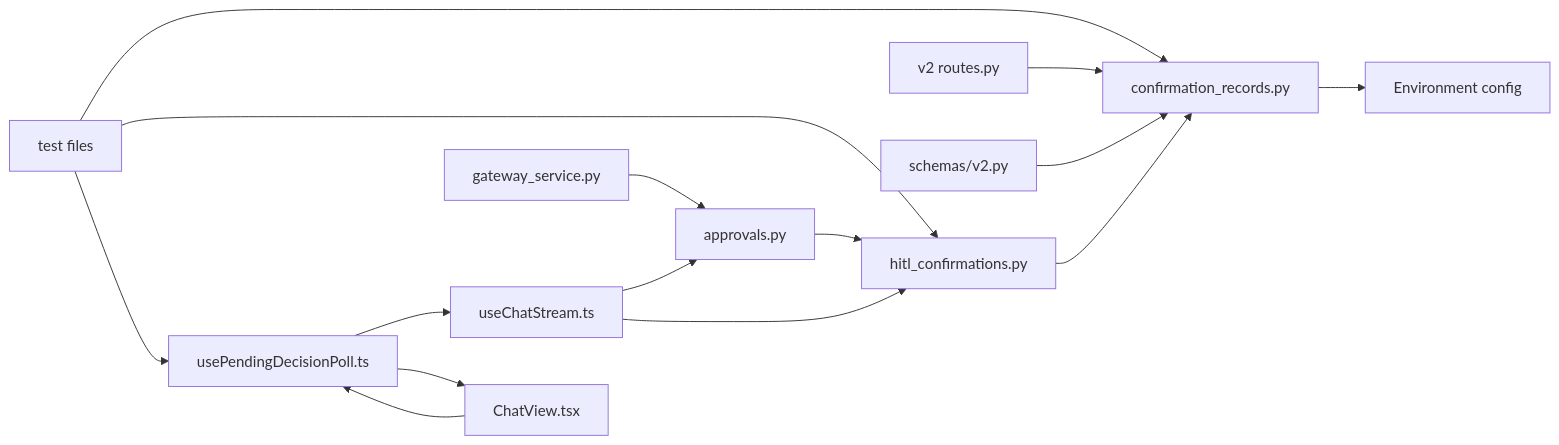
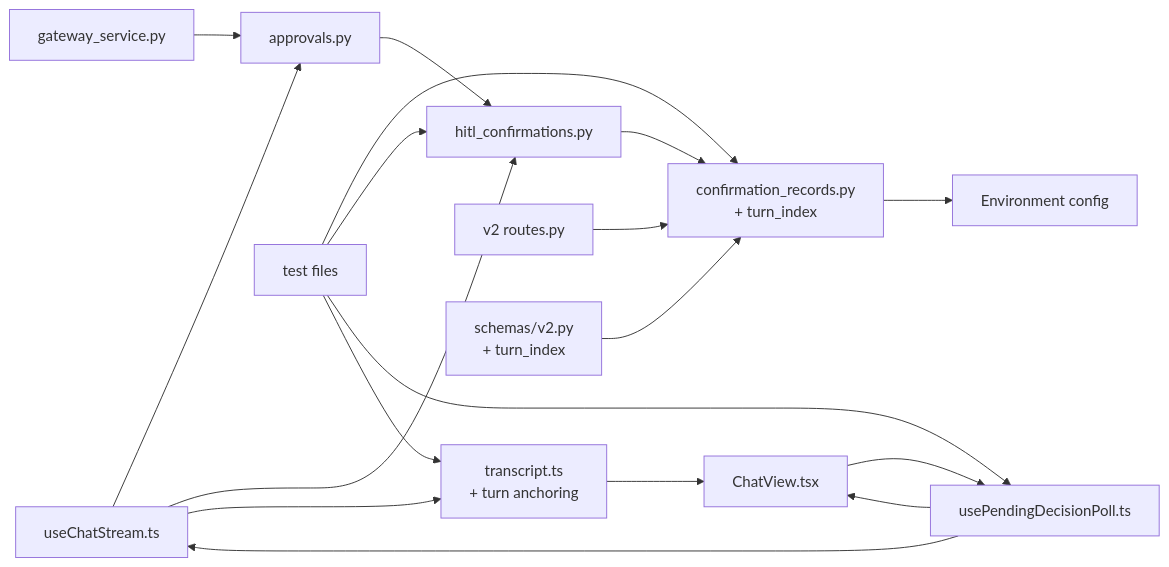
Before and after one commit to metasync/luban-aiops: the ninth of 9 diagrams in .qoder/repowiki/en/content/Architecture Documentation/SPEC-031_ Approval Inbox and Persistent Confirmation Cards.md, drawn with Mermaid. The commit also changed other lines of this file and 5 other files, not shown here.

````diff
--- a/.qoder/repowiki/en/content/Architecture Documentation/SPEC-031_ Approval Inbox and Persistent Confirmation Cards.md
+++ b/.qoder/repowiki/en/content/Architecture Documentation/SPEC-031_ Approval Inbox and Persistent Confirmation Cards.md
@@ -383,17 +440,20 @@
 ```mermaid
 graph LR
-CR["confirmation_records.py"] --> ENV["Environment config"]
+CR["confirmation_records.py<br/>+ turn_index"] --> ENV["Environment config"]
 HITL["hitl_confirmations.py"] --> CR
 APPR["approvals.py"] --> HITL
 STREAM["useChatStream.ts"] --> APPR
 STREAM --> HITL
+STREAM --> TRANSCRIPT["transcript.ts<br/>+ turn anchoring"]
 POLL["usePendingDecisionPoll.ts"] --> STREAM
 POLL --> CHATVIEW["ChatView.tsx"]
 CHATVIEW --> POLL
+TRANSCRIPT --> CHATVIEW
 V2["v2 routes.py"] --> CR
-SCHEMA["schemas/v2.py"] --> CR
+SCHEMA["schemas/v2.py<br/>+ turn_index"] --> CR
 GSVC["gateway_service.py"] --> APPR
 TESTS["test files"] --> CR
 TESTS --> HITL
 TESTS --> POLL
+TESTS --> TRANSCRIPT
 ```
````
